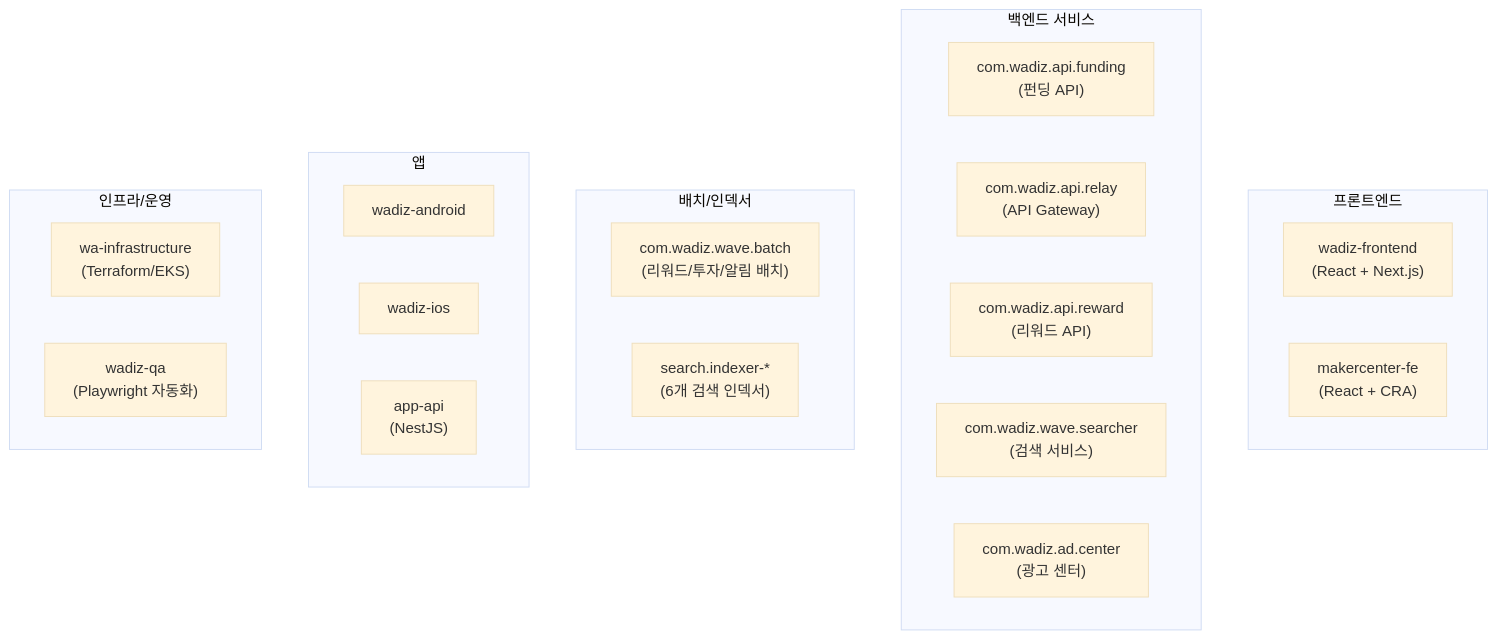
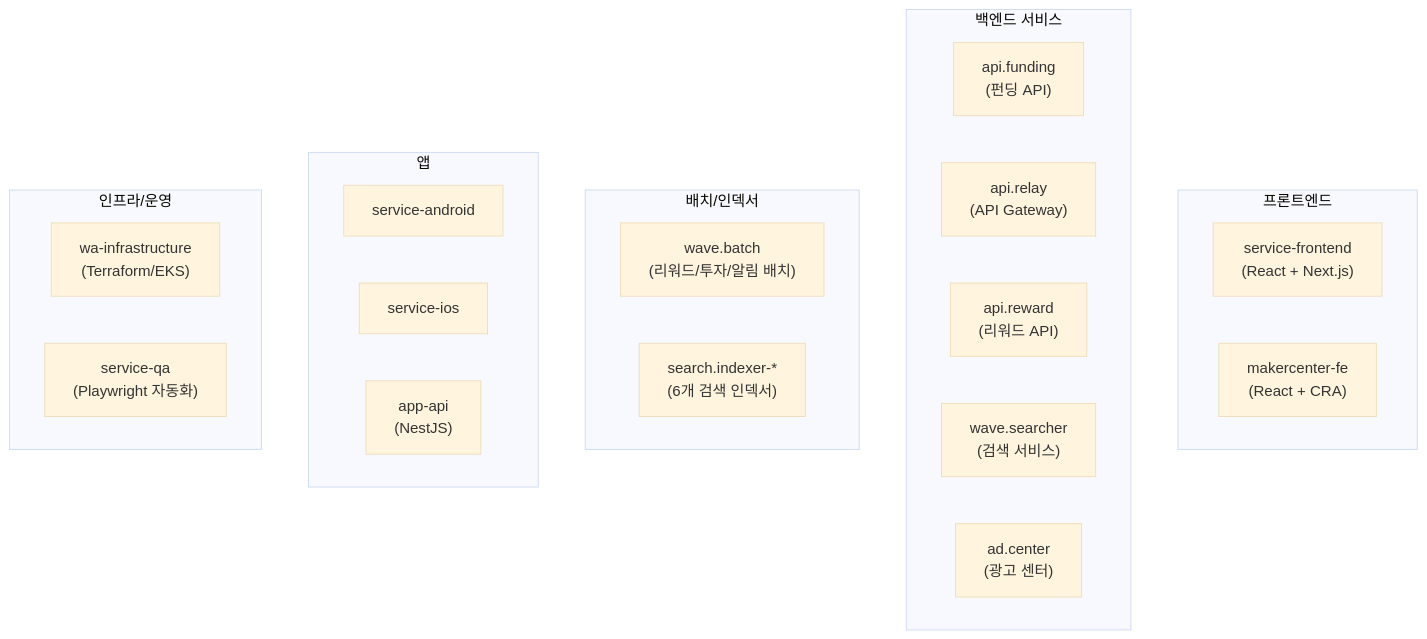
Before and after one commit to dkyos/dkyos-portfolio: the fourth of 7 diagrams in drafts/2025-cto-retrospective.md, drawn with Mermaid (base theme). The commit also changed other lines of this file and 2 other files, not shown here.

Commit message:
fix: 블로그 초안에서 회사명(wadiz/와디즈) 제거
- 2025 회고: 도메인, 패키지명, 프로젝트명 일반화
- 2024 회고: "와디즈" → "자사"로 변경
- 2023 회고: 패키지명, 클래스명 일반화

```diff
--- a/drafts/2025-cto-retrospective.md
+++ b/drafts/2025-cto-retrospective.md
@@ -163,27 +163,27 @@
 <div class="mermaid">
 flowchart TB
     subgraph FE["프론트엔드"]
-        FE1["wadiz-frontend\n(React + Next.js)"]
+        FE1["service-frontend\n(React + Next.js)"]
         FE2["makercenter-fe\n(React + CRA)"]
     end
     subgraph BE["백엔드 서비스"]
-        BE1["com.wadiz.api.funding\n(펀딩 API)"]
-        BE2["com.wadiz.api.relay\n(API Gateway)"]
-        BE3["com.wadiz.api.reward\n(리워드 API)"]
-        BE4["com.wadiz.wave.searcher\n(검색 서비스)"]
-        BE5["com.wadiz.ad.center\n(광고 센터)"]
+        BE1["api.funding\n(펀딩 API)"]
+        BE2["api.relay\n(API Gateway)"]
+        BE3["api.reward\n(리워드 API)"]
+        BE4["wave.searcher\n(검색 서비스)"]
+        BE5["ad.center\n(광고 센터)"]
     end
     subgraph BATCH["배치/인덱서"]
-        BA1["com.wadiz.wave.batch\n(리워드/투자/알림 배치)"]
+        BA1["wave.batch\n(리워드/투자/알림 배치)"]
         BA2["search.indexer-*\n(6개 검색 인덱서)"]
     end
     subgraph APP["앱"]
-        AP1["wadiz-android"]
-        AP2["wadiz-ios"]
+        AP1["service-android"]
+        AP2["service-ios"]
         AP3["app-api\n(NestJS)"]
     end
     subgraph INFRA["인프라/운영"]
         IN1["wa-infrastructure\n(Terraform/EKS)"]
-        IN2["wadiz-qa\n(Playwright 자동화)"]
+        IN2["service-qa\n(Playwright 자동화)"]
     end
 </div>
```
